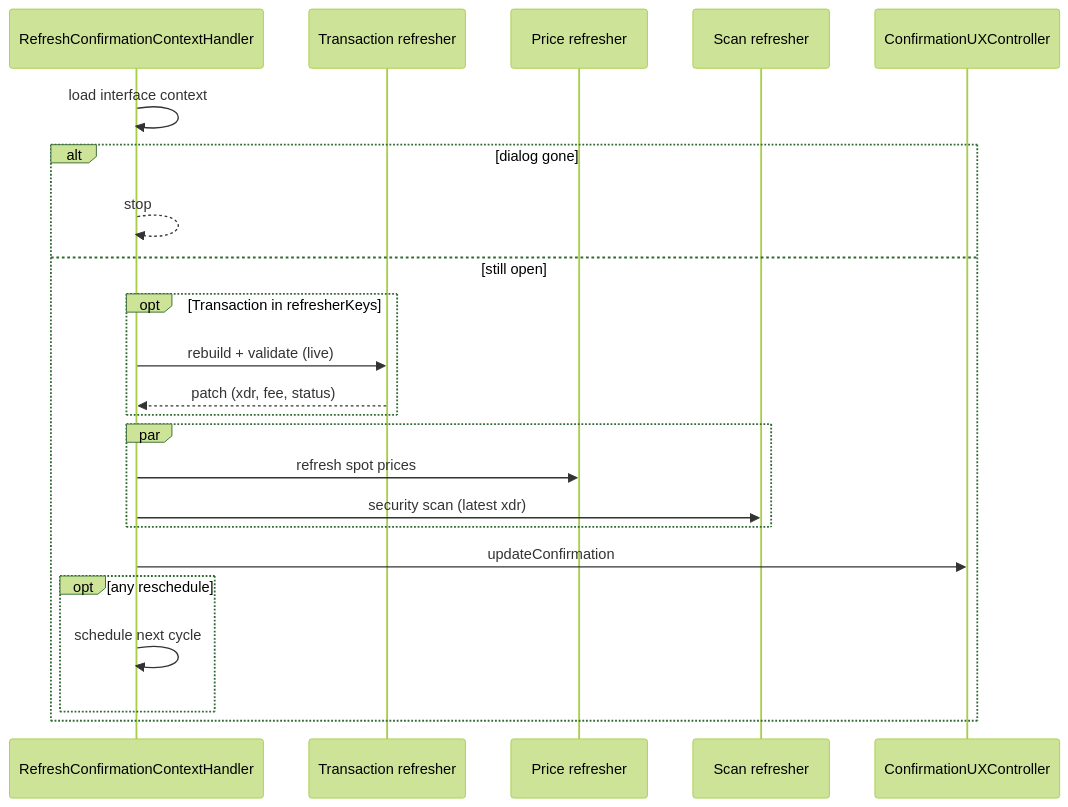
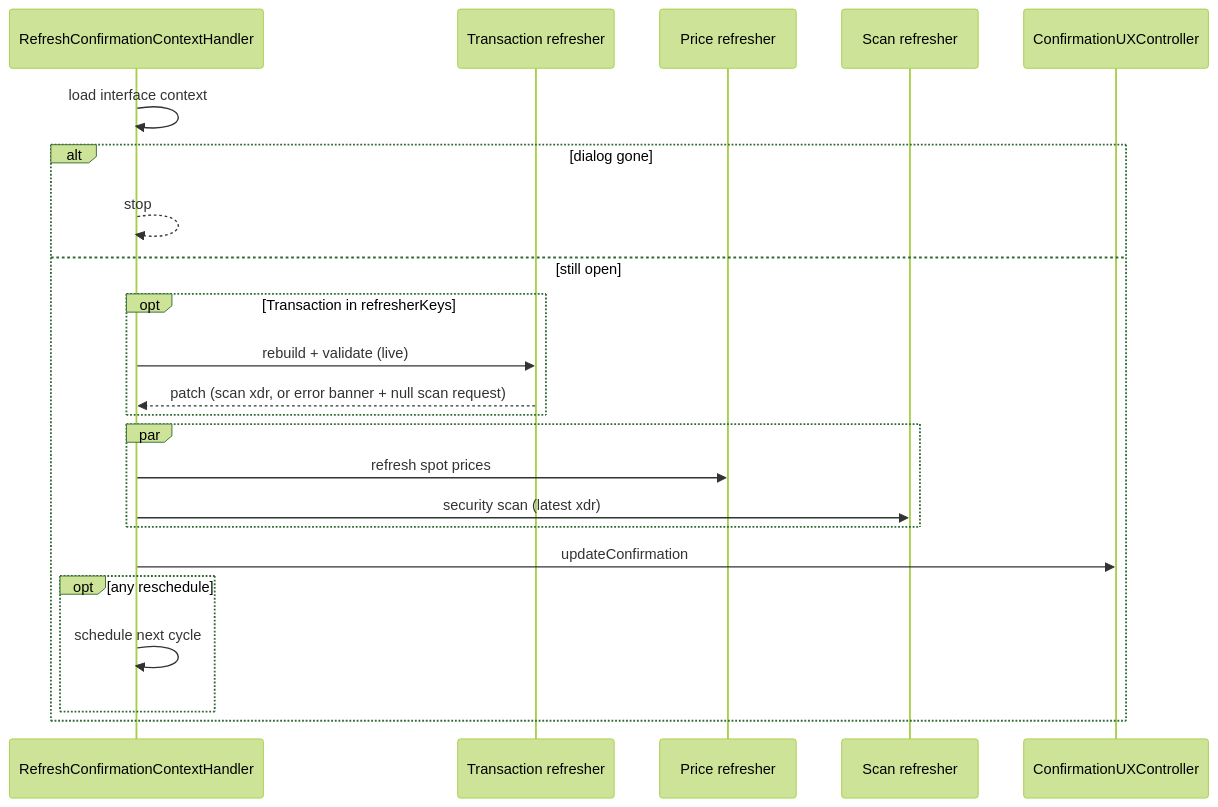
The diagram in packages/stellar-wallet-snap/docs/use-cases/cron-job/refreshConfirmationContext.md (MetaMask/internal-snaps), drawn with Mermaid (forest theme) before and after one commit. The commit also changed other lines of this file, not shown here.

````diff
--- a/packages/stellar-wallet-snap/docs/use-cases/cron-job/refreshConfirmationContext.md
+++ b/packages/stellar-wallet-snap/docs/use-cases/cron-job/refreshConfirmationContext.md
@@ -61,26 +59,26 @@
 ```mermaid
 sequenceDiagram
   participant Cron as RefreshConfirmationContextHandler
   participant TxR as Transaction refresher
   participant Price as Price refresher
   participant Scan as Scan refresher
   participant UI as ConfirmationUXController
 
   Cron->>Cron: load interface context
   alt dialog gone
     Cron-->>Cron: stop
   else still open
     opt Transaction in refresherKeys
       Cron->>TxR: rebuild + validate (live)
-      TxR-->>Cron: patch (xdr, fee, status)
+      TxR-->>Cron: patch (scan xdr, or error banner + null scan request)
     end
     par
       Cron->>Price: refresh spot prices
       Cron->>Scan: security scan (latest xdr)
     end
     Cron->>UI: updateConfirmation
     opt any reschedule
       Cron->>Cron: schedule next cycle
     end
   end
 ```
````
